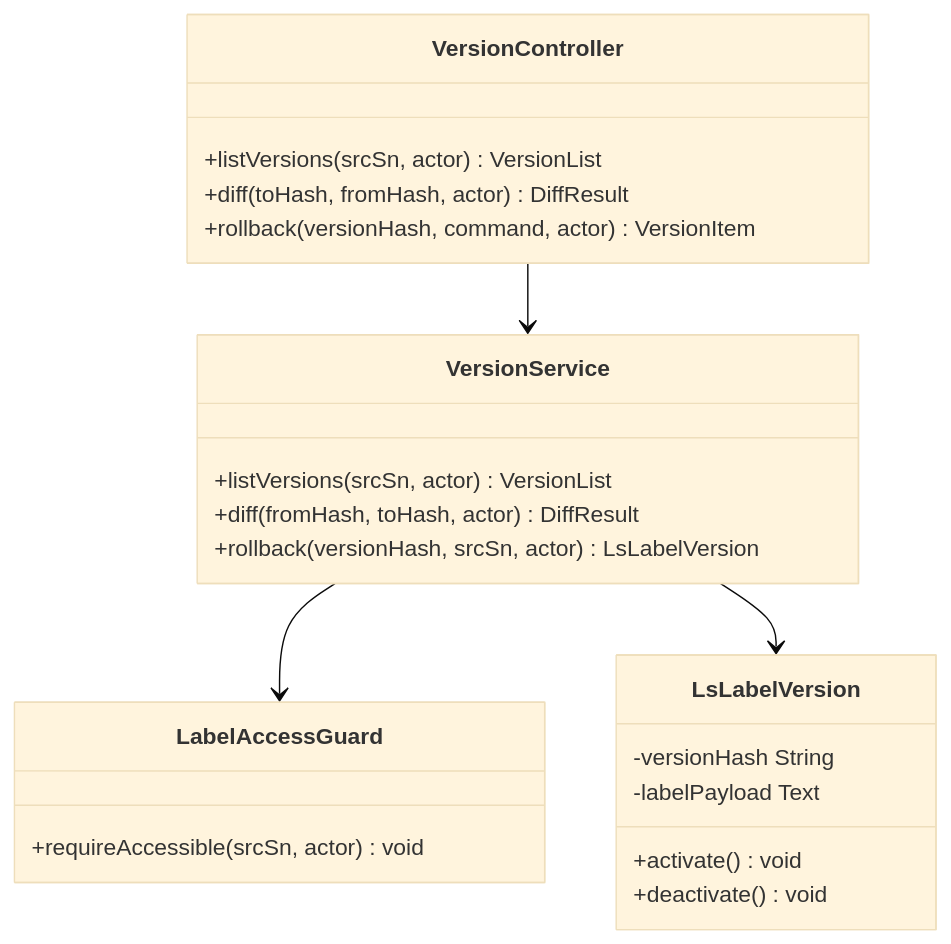
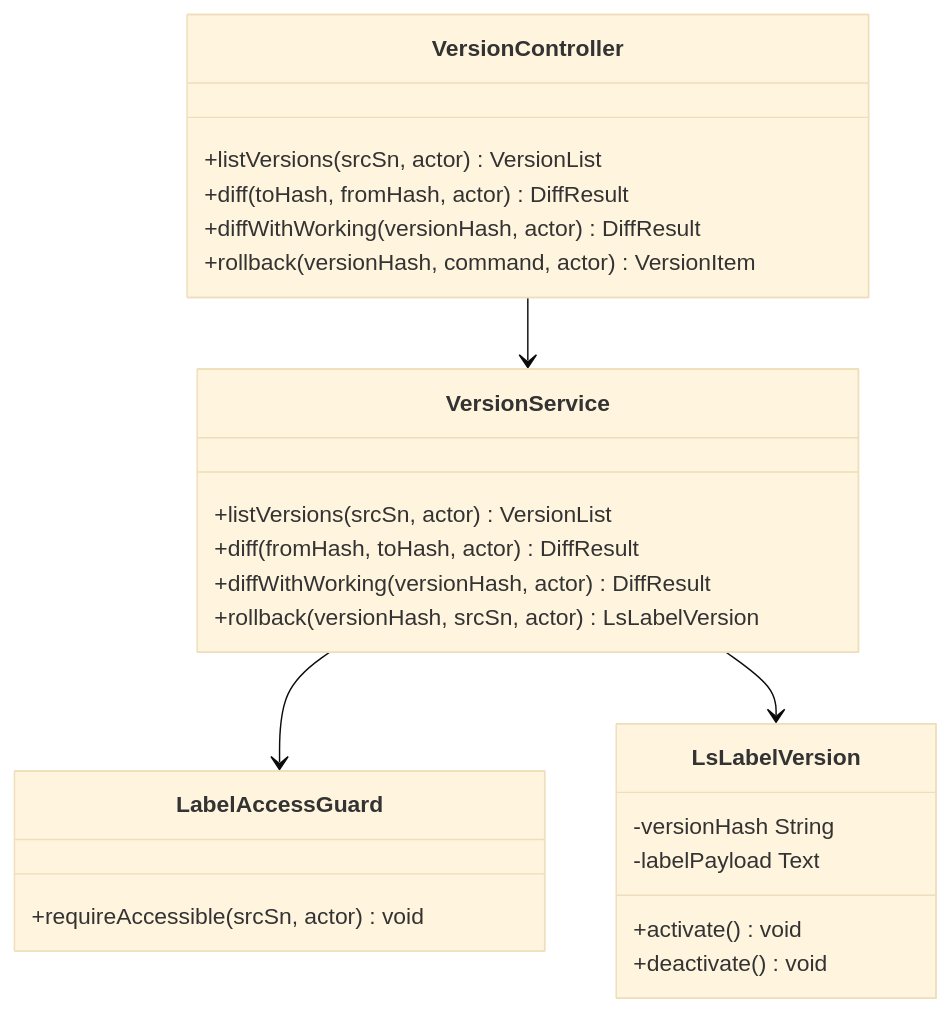
Diagram 26 of 36 in docs/design/D1-클래스설계서.md (New-stella/klid-label), drawn with Mermaid (base theme) before and after one commit. The commit also changed other lines of this file and 2 other files, not shown here.

````diff
--- a/docs/design/D1-클래스설계서.md
+++ b/docs/design/D1-클래스설계서.md
@@ -1051,25 +1055,27 @@
 ```mermaid
 classDiagram
     class VersionController {
         +listVersions(srcSn, actor) VersionList
         +diff(toHash, fromHash, actor) DiffResult
+        +diffWithWorking(versionHash, actor) DiffResult
         +rollback(versionHash, command, actor) VersionItem
     }
     class VersionService {
         +listVersions(srcSn, actor) VersionList
         +diff(fromHash, toHash, actor) DiffResult
+        +diffWithWorking(versionHash, actor) DiffResult
         +rollback(versionHash, srcSn, actor) LsLabelVersion
     }
     class LsLabelVersion {
         -versionHash String
         -labelPayload Text
         +activate() void
         +deactivate() void
     }
     class LabelAccessGuard {
         +requireAccessible(srcSn, actor) void
     }
     VersionController --> VersionService
     VersionService --> LabelAccessGuard
     VersionService --> LsLabelVersion
 ```
````
